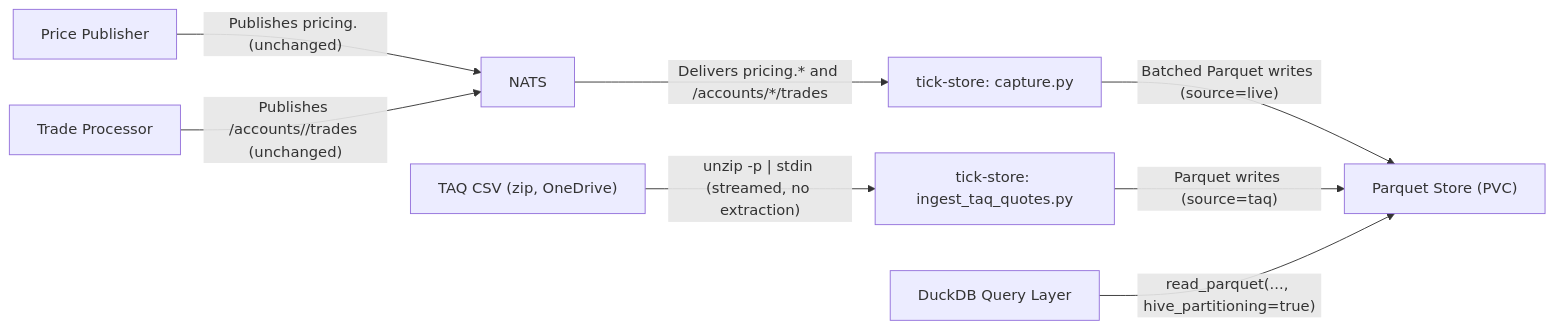
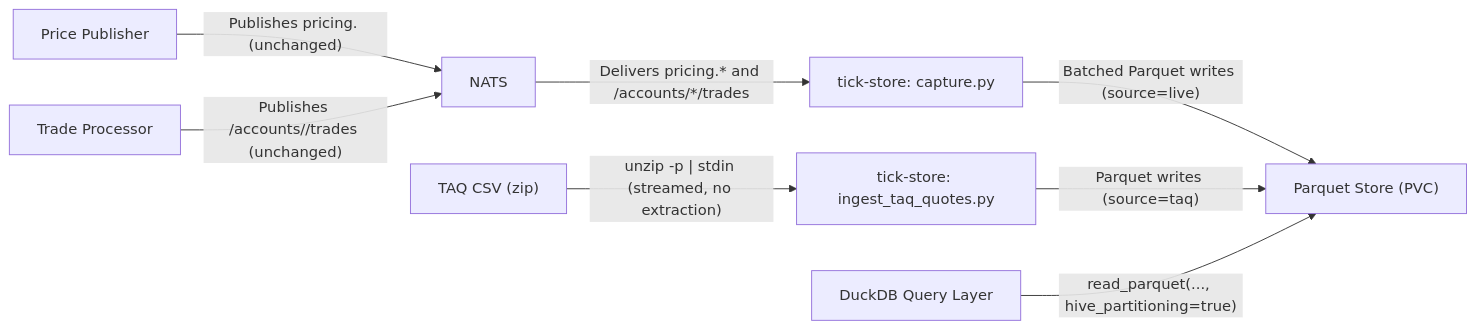
Before and after one commit to YU-CS-Summer-2026-Distributed-TraderX/traderX: the diagram in specs/YU07-historical-tick-store/system/architecture.md, drawn with Mermaid. The commit also changed other lines of this file and 17 other files, not shown here.

````diff
--- a/specs/YU07-historical-tick-store/system/architecture.md
+++ b/specs/YU07-historical-tick-store/system/architecture.md
@@ -11,18 +11,18 @@
 ```mermaid
 flowchart LR
   price_publisher["Price Publisher"]
   trade_processor["Trade Processor"]
   nats["NATS"]
   tick_store_capture["tick-store: capture.py"]
-  taq_source["TAQ CSV (zip, OneDrive)"]
+  taq_source["TAQ CSV (zip)"]
   tick_store_ingest["tick-store: ingest_taq_quotes.py"]
   parquet_store["Parquet Store (PVC)"]
   duckdb_query["DuckDB Query Layer"]
   price_publisher -->|"Publishes pricing.<TICKER> (unchanged)"| nats
   trade_processor -->|"Publishes /accounts/<id>/trades (unchanged)"| nats
   nats -->|"Delivers pricing.* and /accounts/*/trades"| tick_store_capture
   tick_store_capture -->|"Batched Parquet writes (source=live)"| parquet_store
   taq_source -->|"unzip -p | stdin (streamed, no extraction)"| tick_store_ingest
   tick_store_ingest -->|"Parquet writes (source=taq)"| parquet_store
   duckdb_query -->|"read_parquet(..., hive_partitioning=true)"| parquet_store
 ```
````
